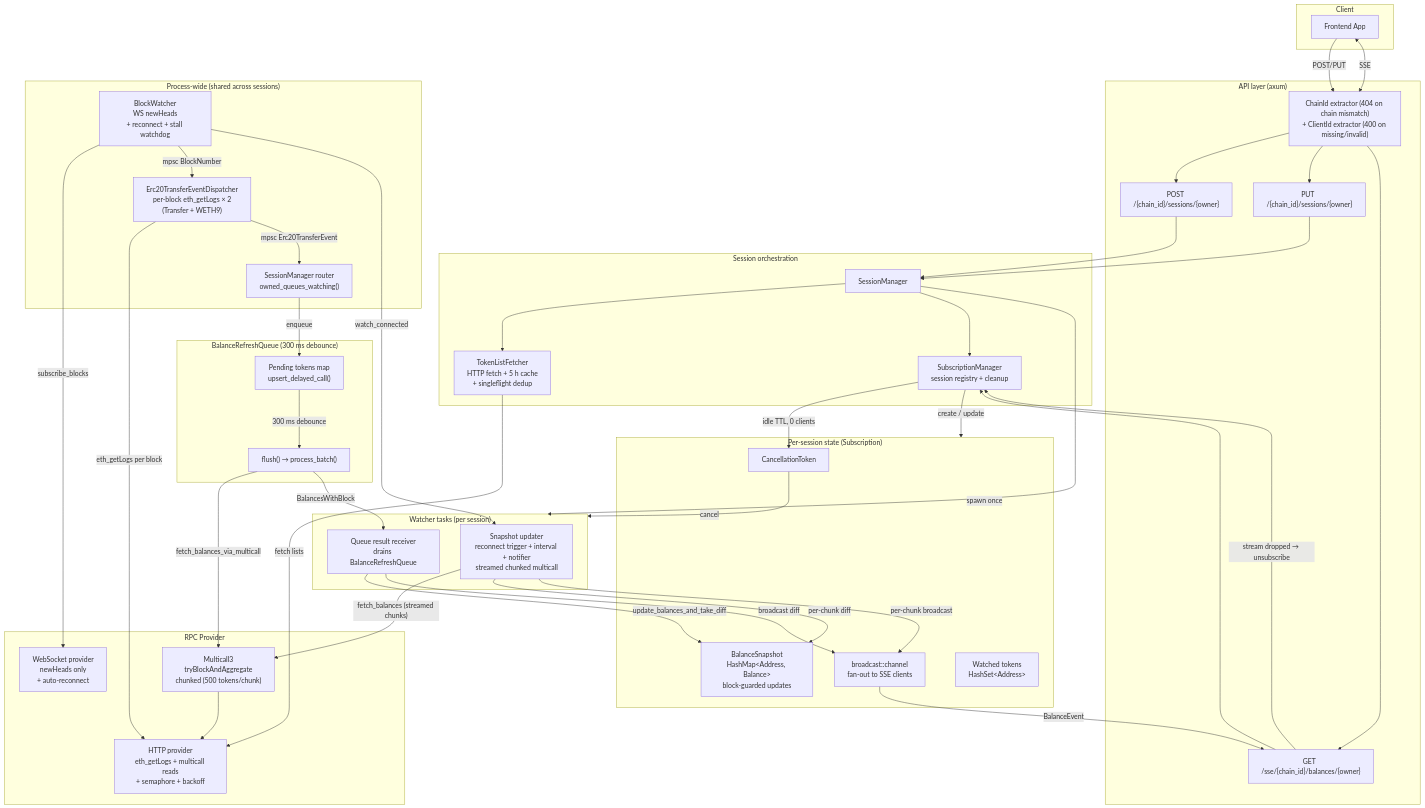
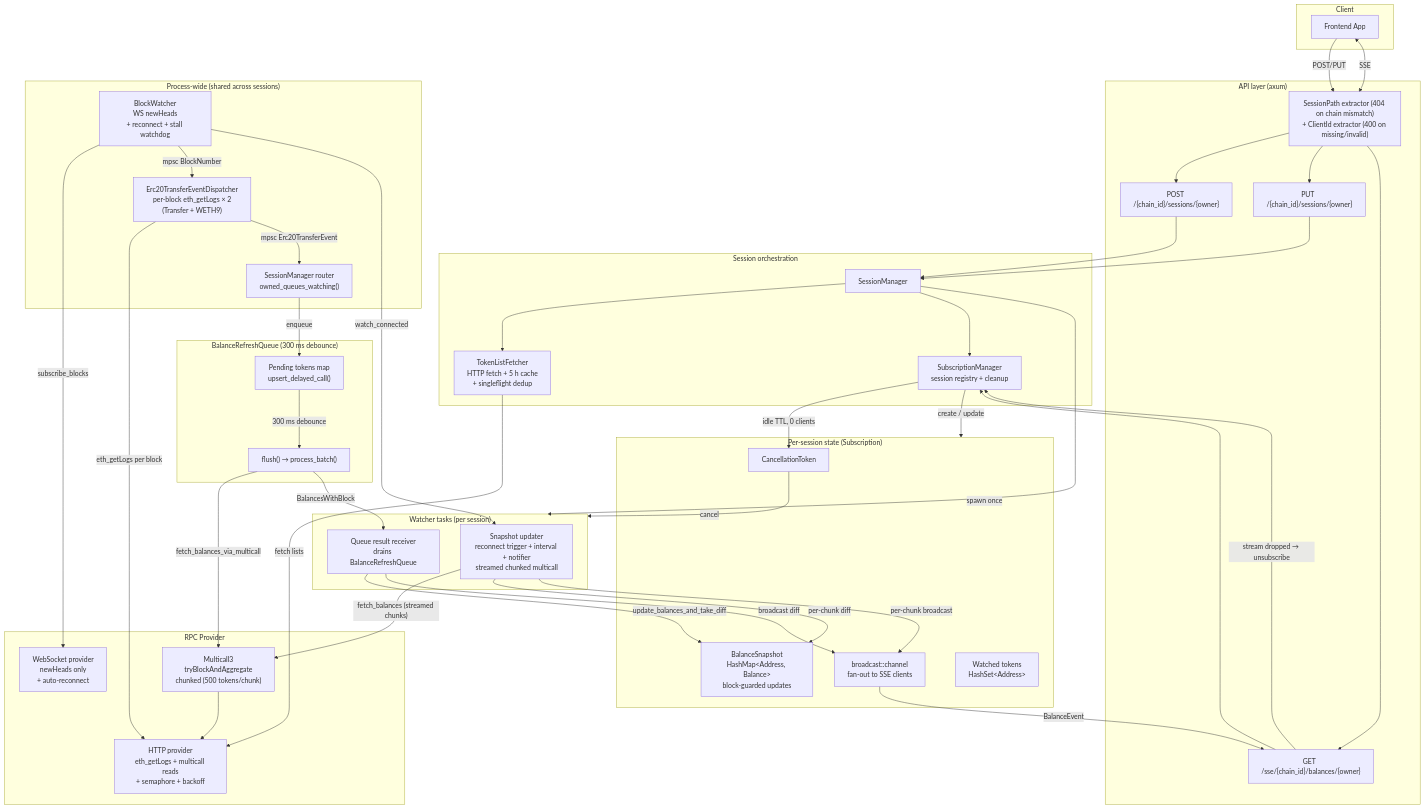
The second of 2 diagrams in README.md (cowprotocol/balances-watcher), drawn with Mermaid before and after one commit. The commit also changed other lines of this file and 6 other files, not shown here.

```diff
--- a/README.md
+++ b/README.md
@@ -265,7 +265,7 @@
         CS["POST /{chain_id}/sessions/{owner}"]
         US["PUT  /{chain_id}/sessions/{owner}"]
         SSE["GET  /sse/{chain_id}/balances/{owner}"]
-        EX["ChainId extractor (404 on chain mismatch)<br/>+ ClientId extractor (400 on missing/invalid)"]
+        EX["SessionPath extractor (404 on chain mismatch)<br/>+ ClientId extractor (400 on missing/invalid)"]
     end
 
     subgraph Orchestration["Session orchestration"]
```
